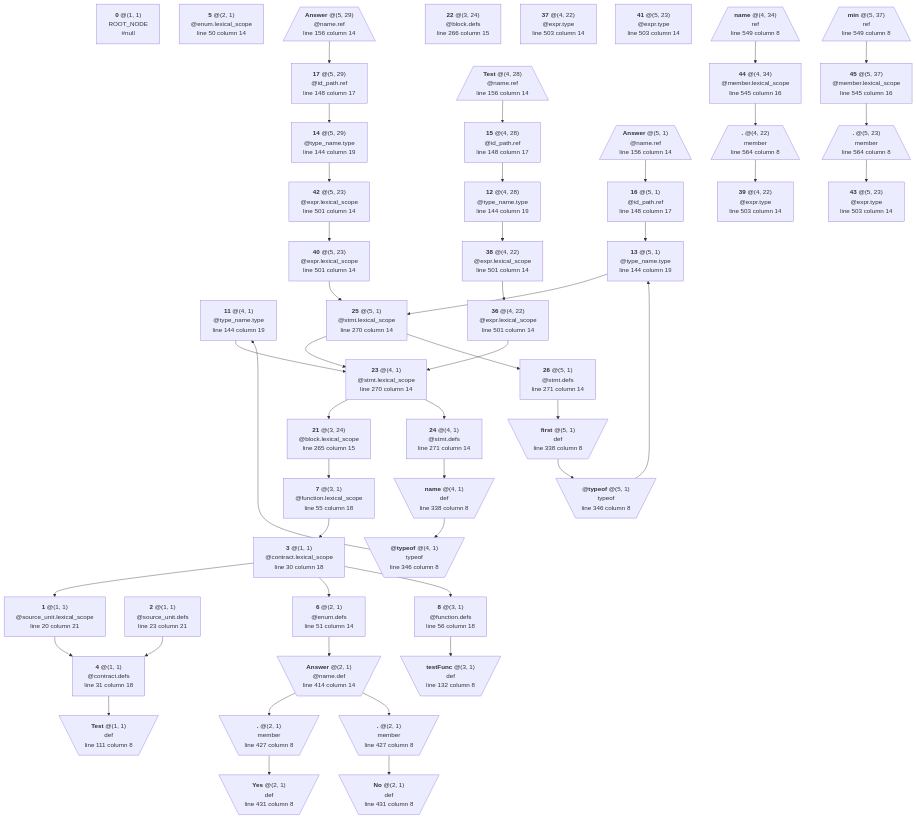
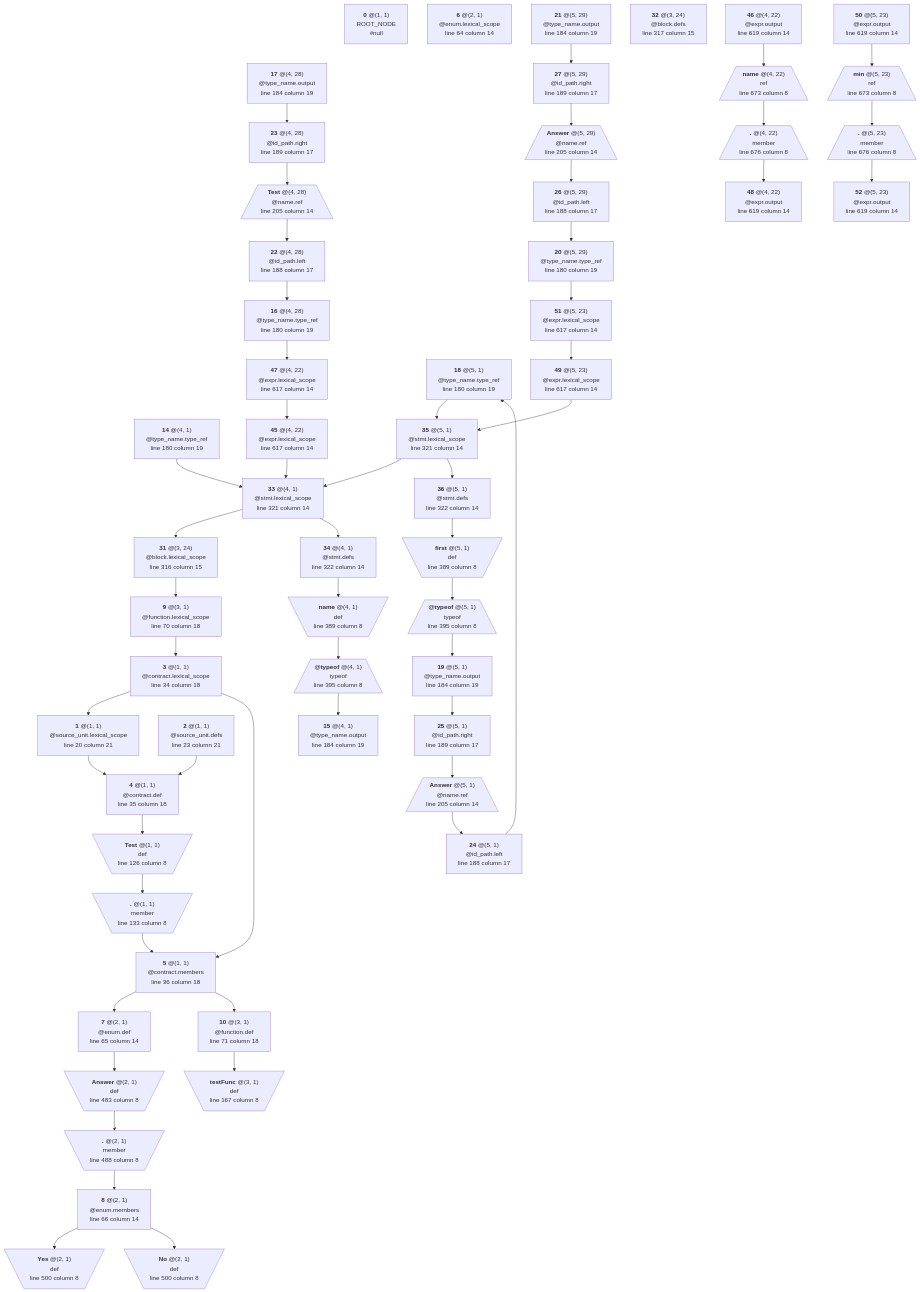
Before and after one commit to manastech/slang: the diagram in crates/solidity/testing/snapshots/bindings_output/expressions/type_expr/generated/0.5.3.mmd, drawn with Mermaid. The commit also changed 39 other files, not shown here.

First line of the commit message:
Bindings for structs and refactor contract/libs/ifaces members rules

```diff
--- a/crates/solidity/testing/snapshots/bindings_output/expressions/type_expr/generated/0.5.3.mmd
+++ b/crates/solidity/testing/snapshots/bindings_output/expressions/type_expr/generated/0.5.3.mmd
@@ -14,184 +14,214 @@
 	N2 --> N4
 	N3["`**3** @(1, 1)
 @contract.lexical_scope
-line 30 column 18`"]
+line 34 column 18`"]
 	N3 --> N1
-	N3 --> N6
-	N3 --> N8
+	N3 --> N5
 	N4["`**4** @(1, 1)
-@contract.defs
-line 31 column 18`"]
-	N4 --> N9
-	N5["`**5** @(2, 1)
+@contract.def
+line 35 column 18`"]
+	N4 --> N11
+	N5["`**5** @(1, 1)
+@contract.members
+line 36 column 18`"]
+	N5 --> N7
+	N5 --> N10
+	N6["`**6** @(2, 1)
 @enum.lexical_scope
-line 50 column 14`"]
-	N6["`**6** @(2, 1)
-@enum.defs
-line 51 column 14`"]
-	N6 --> N31
-	N7["`**7** @(3, 1)
+line 64 column 14`"]
+	N7["`**7** @(2, 1)
+@enum.def
+line 65 column 14`"]
+	N7 --> N41
+	N8["`**8** @(2, 1)
+@enum.members
+line 66 column 14`"]
+	N8 --> N43
+	N8 --> N44
+	N9["`**9** @(3, 1)
 @function.lexical_scope
-line 55 column 18`"]
-	N7 --> N3
-	N8["`**8** @(3, 1)
-@function.defs
-line 56 column 18`"]
-	N8 --> N10
-	N9[\"`**Test** @(1, 1)
+line 70 column 18`"]
+	N9 --> N3
+	N10["`**10** @(3, 1)
+@function.def
+line 71 column 18`"]
+	N10 --> N13
+	N11[\"`**Test** @(1, 1)
 def
-line 111 column 8`"/]
-	N10[\"`**testFunc** @(3, 1)
+line 126 column 8`"/]
+	N11 --> N12
+	N12[\"`**.** @(1, 1)
+member
+line 133 column 8`"/]
+	N12 --> N5
+	N13[\"`**testFunc** @(3, 1)
 def
-line 132 column 8`"/]
-	N11["`**11** @(4, 1)
-@type_name.type
-line 144 column 19`"]
-	N11 --> N23
-	N12["`**12** @(4, 28)
-@type_name.type
-line 144 column 19`"]
-	N12 --> N38
-	N13["`**13** @(5, 1)
-@type_name.type
-line 144 column 19`"]
-	N13 --> N25
-	N14["`**14** @(5, 29)
-@type_name.type
-line 144 column 19`"]
-	N14 --> N42
-	N15["`**15** @(4, 28)
-@id_path.ref
-line 148 column 17`"]
-	N15 --> N12
-	N16["`**16** @(5, 1)
-@id_path.ref
-line 148 column 17`"]
-	N16 --> N13
-	N17["`**17** @(5, 29)
-@id_path.ref
-line 148 column 17`"]
-	N17 --> N14
-	N18[/"`**Test** @(4, 28)
+line 167 column 8`"/]
+	N14["`**14** @(4, 1)
+@type_name.type_ref
+line 180 column 19`"]
+	N14 --> N33
+	N15["`**15** @(4, 1)
+@type_name.output
+line 184 column 19`"]
+	N16["`**16** @(4, 28)
+@type_name.type_ref
+line 180 column 19`"]
+	N16 --> N47
+	N17["`**17** @(4, 28)
+@type_name.output
+line 184 column 19`"]
+	N17 --> N23
+	N18["`**18** @(5, 1)
+@type_name.type_ref
+line 180 column 19`"]
+	N18 --> N35
+	N19["`**19** @(5, 1)
+@type_name.output
+line 184 column 19`"]
+	N19 --> N25
+	N20["`**20** @(5, 29)
+@type_name.type_ref
+line 180 column 19`"]
+	N20 --> N51
+	N21["`**21** @(5, 29)
+@type_name.output
+line 184 column 19`"]
+	N21 --> N27
+	N22["`**22** @(4, 28)
+@id_path.left
+line 188 column 17`"]
+	N22 --> N16
+	N23["`**23** @(4, 28)
+@id_path.right
+line 189 column 17`"]
+	N23 --> N28
+	N24["`**24** @(5, 1)
+@id_path.left
+line 188 column 17`"]
+	N24 --> N18
+	N25["`**25** @(5, 1)
+@id_path.right
+line 189 column 17`"]
+	N25 --> N29
+	N26["`**26** @(5, 29)
+@id_path.left
+line 188 column 17`"]
+	N26 --> N20
+	N27["`**27** @(5, 29)
+@id_path.right
+line 189 column 17`"]
+	N27 --> N30
+	N28[/"`**Test** @(4, 28)
 @name.ref
-line 156 column 14`"\]
-	N18 --> N15
-	N19[/"`**Answer** @(5, 1)
+line 205 column 14`"\]
+	N28 --> N22
+	N29[/"`**Answer** @(5, 1)
 @name.ref
-line 156 column 14`"\]
-	N19 --> N16
-	N20[/"`**Answer** @(5, 29)
+line 205 column 14`"\]
+	N29 --> N24
+	N30[/"`**Answer** @(5, 29)
 @name.ref
-line 156 column 14`"\]
-	N20 --> N17
-	N21["`**21** @(3, 24)
+line 205 column 14`"\]
+	N30 --> N26
+	N31["`**31** @(3, 24)
 @block.lexical_scope
-line 265 column 15`"]
-	N21 --> N7
-	N22["`**22** @(3, 24)
+line 316 column 15`"]
+	N31 --> N9
+	N32["`**32** @(3, 24)
 @block.defs
-line 266 column 15`"]
-	N23["`**23** @(4, 1)
+line 317 column 15`"]
+	N33["`**33** @(4, 1)
 @stmt.lexical_scope
-line 270 column 14`"]
-	N23 --> N21
-	N23 --> N24
-	N24["`**24** @(4, 1)
+line 321 column 14`"]
+	N33 --> N31
+	N33 --> N34
+	N34["`**34** @(4, 1)
 @stmt.defs
-line 271 column 14`"]
-	N24 --> N27
-	N25["`**25** @(5, 1)
+line 322 column 14`"]
+	N34 --> N37
+	N35["`**35** @(5, 1)
 @stmt.lexical_scope
-line 270 column 14`"]
-	N25 --> N23
-	N25 --> N26
-	N26["`**26** @(5, 1)
+line 321 column 14`"]
+	N35 --> N33
+	N35 --> N36
+	N36["`**36** @(5, 1)
 @stmt.defs
-line 271 column 14`"]
-	N26 --> N29
-	N27[\"`**name** @(4, 1)
+line 322 column 14`"]
+	N36 --> N39
+	N37[\"`**name** @(4, 1)
 def
-line 338 column 8`"/]
-	N27 --> N28
-	N28[\"`**@typeof** @(4, 1)
+line 389 column 8`"/]
+	N37 --> N38
+	N38[/"`**@typeof** @(4, 1)
 typeof
-line 346 column 8`"/]
-	N28 --> N11
-	N29[\"`**first** @(5, 1)
+line 395 column 8`"\]
+	N38 --> N15
+	N39[\"`**first** @(5, 1)
 def
-line 338 column 8`"/]
-	N29 --> N30
-	N30[\"`**@typeof** @(5, 1)
+line 389 column 8`"/]
+	N39 --> N40
+	N40[/"`**@typeof** @(5, 1)
 typeof
-line 346 column 8`"/]
-	N30 --> N13
-	N31[\"`**Answer** @(2, 1)
-@name.def
-line 414 column 14`"/]
-	N31 --> N32
-	N31 --> N34
-	N32[\"`**.** @(2, 1)
+line 395 column 8`"\]
+	N40 --> N19
+	N41[\"`**Answer** @(2, 1)
+def
+line 483 column 8`"/]
+	N41 --> N42
+	N42[\"`**.** @(2, 1)
 member
-line 427 column 8`"/]
-	N32 --> N33
-	N33[\"`**Yes** @(2, 1)
+line 488 column 8`"/]
+	N42 --> N8
+	N43[\"`**Yes** @(2, 1)
 def
-line 431 column 8`"/]
-	N34[\"`**.** @(2, 1)
+line 500 column 8`"/]
+	N44[\"`**No** @(2, 1)
+def
+line 500 column 8`"/]
+	N45["`**45** @(4, 22)
+@expr.lexical_scope
+line 617 column 14`"]
+	N45 --> N33
+	N46["`**46** @(4, 22)
+@expr.output
+line 619 column 14`"]
+	N46 --> N53
+	N47["`**47** @(4, 22)
+@expr.lexical_scope
+line 617 column 14`"]
+	N47 --> N45
+	N48["`**48** @(4, 22)
+@expr.output
+line 619 column 14`"]
+	N49["`**49** @(5, 23)
+@expr.lexical_scope
+line 617 column 14`"]
+	N49 --> N35
+	N50["`**50** @(5, 23)
+@expr.output
+line 619 column 14`"]
+	N50 --> N55
+	N51["`**51** @(5, 23)
+@expr.lexical_scope
+line 617 column 14`"]
+	N51 --> N49
+	N52["`**52** @(5, 23)
+@expr.output
+line 619 column 14`"]
+	N53[/"`**name** @(4, 22)
+ref
+line 673 column 8`"\]
+	N53 --> N54
+	N54[/"`**.** @(4, 22)
 member
-line 427 column 8`"/]
-	N34 --> N35
-	N35[\"`**No** @(2, 1)
-def
-line 431 column 8`"/]
-	N36["`**36** @(4, 22)
-@expr.lexical_scope
-line 501 column 14`"]
-	N36 --> N23
-	N37["`**37** @(4, 22)
-@expr.type
-line 503 column 14`"]
-	N38["`**38** @(4, 22)
-@expr.lexical_scope
-line 501 column 14`"]
-	N38 --> N36
-	N39["`**39** @(4, 22)
-@expr.type
-line 503 column 14`"]
-	N40["`**40** @(5, 23)
-@expr.lexical_scope
-line 501 column 14`"]
-	N40 --> N25
-	N41["`**41** @(5, 23)
-@expr.type
-line 503 column 14`"]
-	N42["`**42** @(5, 23)
-@expr.lexical_scope
-line 501 column 14`"]
-	N42 --> N40
-	N43["`**43** @(5, 23)
-@expr.type
-line 503 column 14`"]
-	N44["`**44** @(4, 34)
-@member.lexical_scope
-line 545 column 16`"]
-	N44 --> N48
-	N45["`**45** @(5, 37)
-@member.lexical_scope
-line 545 column 16`"]
-	N45 --> N49
-	N46[/"`**name** @(4, 34)
+line 676 column 8`"\]
+	N54 --> N48
+	N55[/"`**min** @(5, 23)
 ref
-line 549 column 8`"\]
-	N46 --> N44
-	N47[/"`**min** @(5, 37)
-ref
-line 549 column 8`"\]
-	N47 --> N45
-	N48[/"`**.** @(4, 22)
+line 673 column 8`"\]
+	N55 --> N56
+	N56[/"`**.** @(5, 23)
 member
-line 564 column 8`"\]
-	N48 --> N39
-	N49[/"`**.** @(5, 23)
-member
-line 564 column 8`"\]
-	N49 --> N43
+line 676 column 8`"\]
+	N56 --> N52
```
